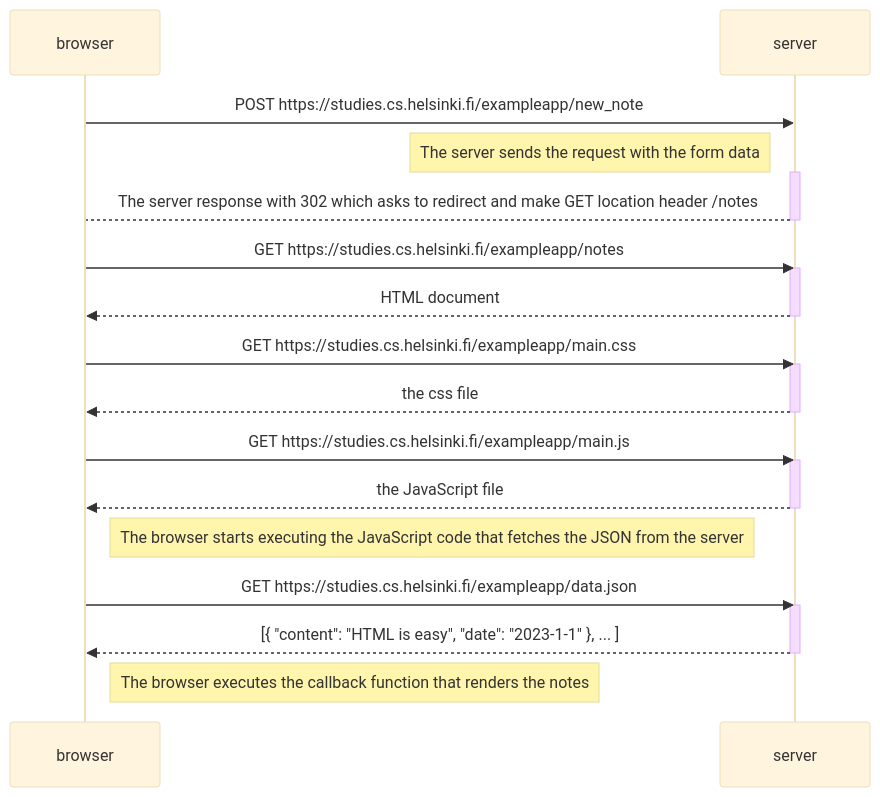
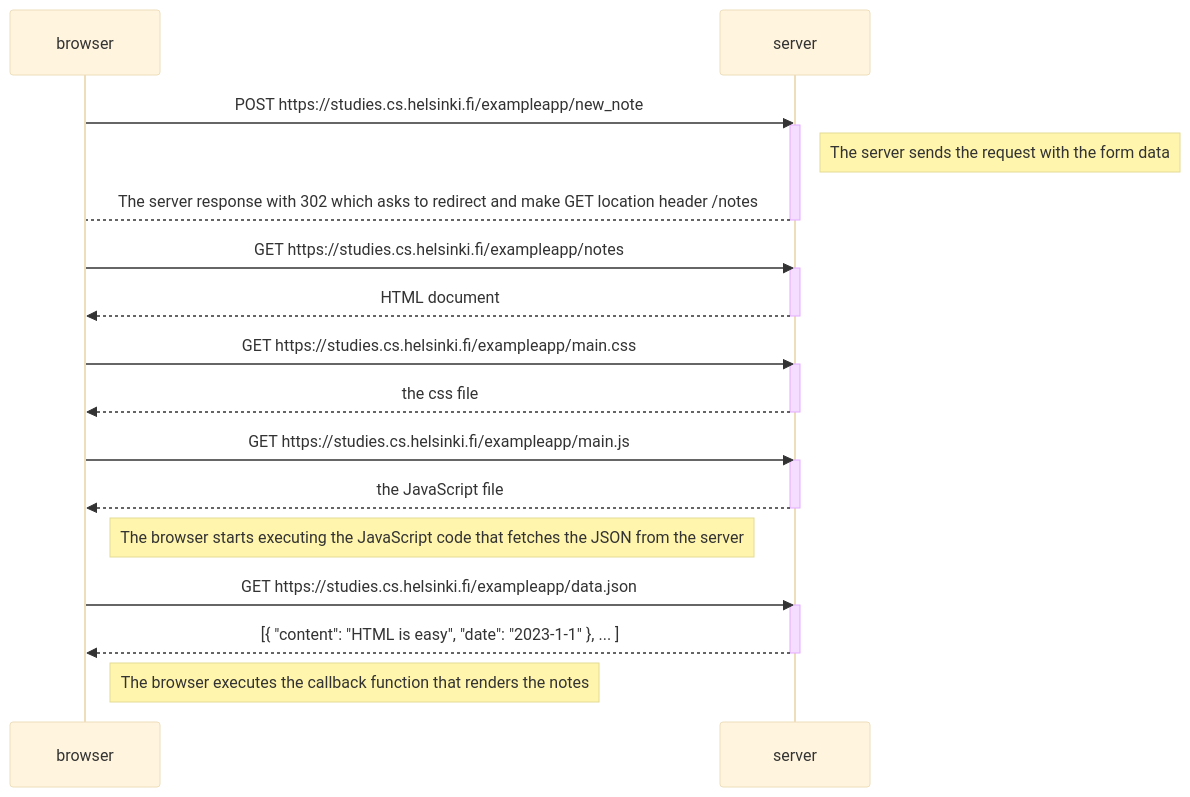
One commit to carlos-dev-research/full-stack-open-course changed the second of 2 diagrams in part0/sequenceDiagrams.md. Above: the diagram before and after it, drawn with Mermaid (base theme).

````diff
--- a/part0/sequenceDiagrams.md
+++ b/part0/sequenceDiagrams.md
@@ -33,35 +33,35 @@
 ```mermaid
 sequenceDiagram
     participant browser
     participant server
 
     browser->>server: POST https://studies.cs.helsinki.fi/exampleapp/new_note
-    Note left of server: The server sends the request with the form data
     activate server
+    Note right of server: The server sends the request with the form data
     server-->browser: The server response with 302 which asks to redirect and make GET location header /notes
     deactivate server
 
     browser->>server: GET https://studies.cs.helsinki.fi/exampleapp/notes
     activate server
     server-->>browser: HTML document
     deactivate server
 
     browser->>server: GET https://studies.cs.helsinki.fi/exampleapp/main.css
     activate server
     server-->>browser: the css file
     deactivate server
 
     browser->>server: GET https://studies.cs.helsinki.fi/exampleapp/main.js
     activate server
     server-->>browser: the JavaScript file
     deactivate server
 
     Note right of browser: The browser starts executing the JavaScript code that fetches the JSON from the server
 
     browser->>server: GET https://studies.cs.helsinki.fi/exampleapp/data.json
     activate server
     server-->>browser: [{ "content": "HTML is easy", "date": "2023-1-1" }, ... ]
     deactivate server
 
     Note right of browser: The browser executes the callback function that renders the notes
 ```
````
